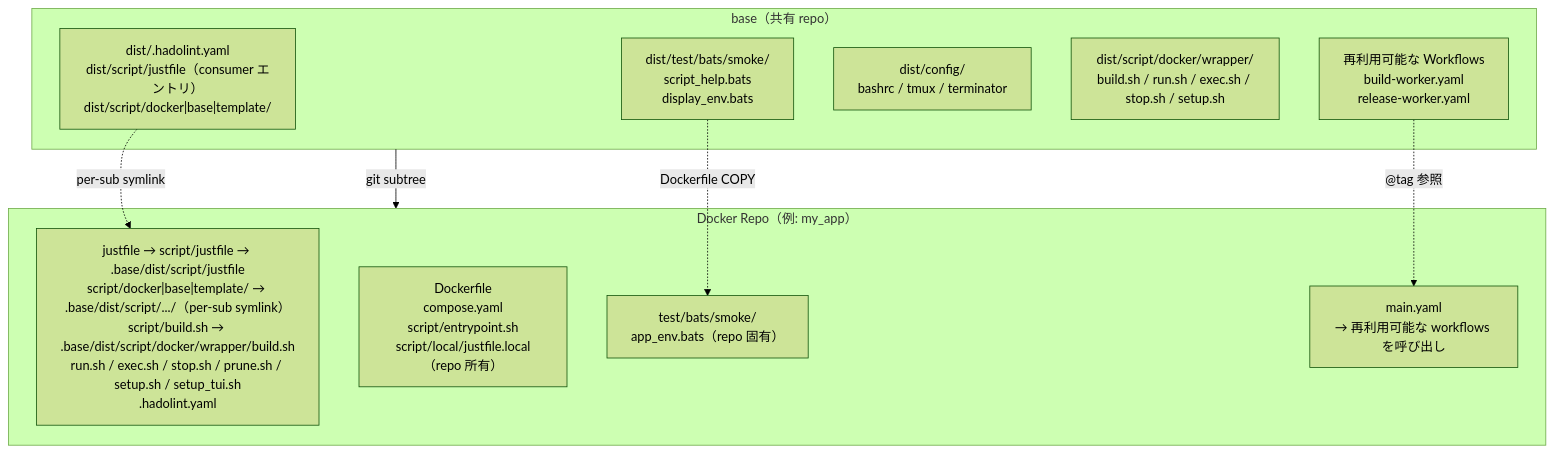
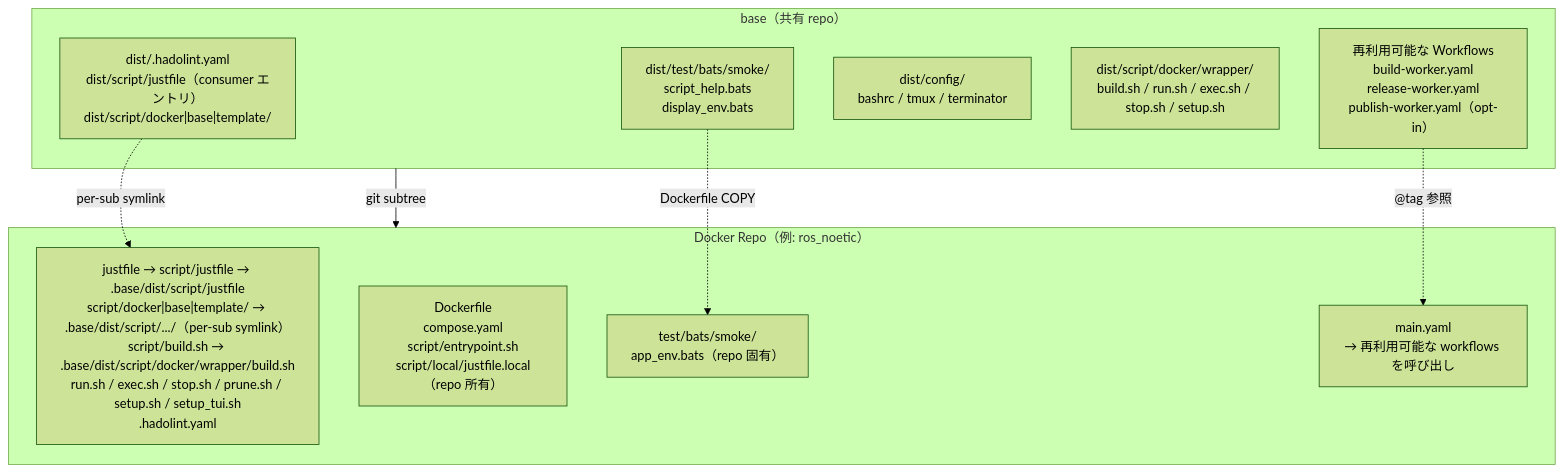
Before and after one commit to ycpss91255-docker/base: the first of 2 diagrams in doc/readme/README.ja.md, drawn with Mermaid (forest theme). The commit also changed other lines of this file and 3 other files, not shown here.

````diff
--- a/doc/readme/README.ja.md
+++ b/doc/readme/README.ja.md
@@ -87,22 +87,22 @@
 ```mermaid
 graph TB
     subgraph base["base（共有 repo）"]
         scripts["dist/.hadolint.yaml<br/>dist/script/justfile（consumer エントリ）<br/>dist/script/docker|base|template/"]
         smoke["dist/test/bats/smoke/<br/>script_help.bats<br/>display_env.bats"]
         config["dist/config/<br/>bashrc / tmux / terminator"]
         mgmt["dist/script/docker/wrapper/<br/>build.sh / run.sh / exec.sh / stop.sh / setup.sh"]
-        workflows["再利用可能な Workflows<br/>build-worker.yaml<br/>release-worker.yaml"]
+        workflows["再利用可能な Workflows<br/>build-worker.yaml<br/>release-worker.yaml<br/>publish-worker.yaml（opt-in）"]
     end
 
-    subgraph consumer["Docker Repo（例: my_app）"]
+    subgraph consumer["Docker Repo（例: ros_noetic）"]
         symlinks["justfile → script/justfile → .base/dist/script/justfile<br/>script/docker|base|template/ → .base/dist/script/.../（per-sub symlink）<br/>script/build.sh → .base/dist/script/docker/wrapper/build.sh<br/>run.sh / exec.sh / stop.sh / prune.sh / setup.sh / setup_tui.sh<br/>.hadolint.yaml"]
         dockerfile["Dockerfile<br/>compose.yaml<br/>script/entrypoint.sh<br/>script/local/justfile.local（repo 所有）"]
         repo_test["test/bats/smoke/<br/>app_env.bats（repo 固有）"]
         main_yaml["main.yaml<br/>→ 再利用可能な workflows を呼び出し"]
     end
 
     base -- "git subtree" --> consumer
     scripts -. "per-sub symlink" .-> symlinks
     smoke -. "Dockerfile COPY" .-> repo_test
     workflows -. "@tag 参照" .-> main_yaml
 ```
````
